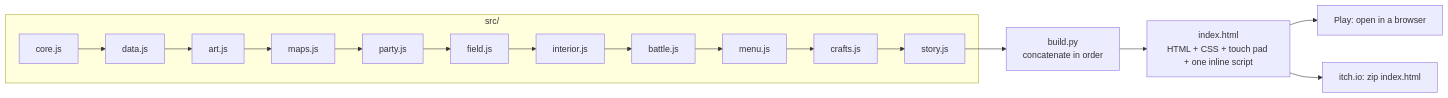
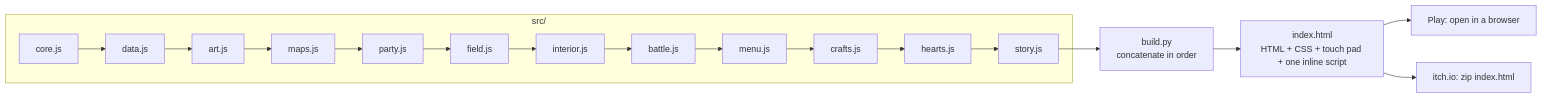
One commit to CptNope/Laternfall changed the first of 13 diagrams in docs/ARCHITECTURE.md. Above: the diagram before and after it, drawn with Mermaid. The commit also changed other lines of this file and 26 other files, not shown here.

````diff
--- a/docs/ARCHITECTURE.md
+++ b/docs/ARCHITECTURE.md
@@ -41,10 +41,10 @@
 ```mermaid
 flowchart LR
     subgraph src/
-      core[core.js] --> data[data.js] --> art[art.js] --> maps[maps.js] --> party[party.js] --> field[field.js] --> interior[interior.js] --> battle[battle.js] --> menu[menu.js] --> crafts[crafts.js] --> story[story.js]
+      core[core.js] --> data[data.js] --> art[art.js] --> maps[maps.js] --> party[party.js] --> field[field.js] --> interior[interior.js] --> battle[battle.js] --> menu[menu.js] --> crafts[crafts.js] --> hearts[hearts.js] --> story[story.js]
     end
     story --> B[build.py<br/>concatenate in order]
     B --> H[index.html<br/>HTML + CSS + touch pad + one inline script]
     H --> P[Play: open in a browser]
     H --> I[itch.io: zip index.html]
 ```
````
